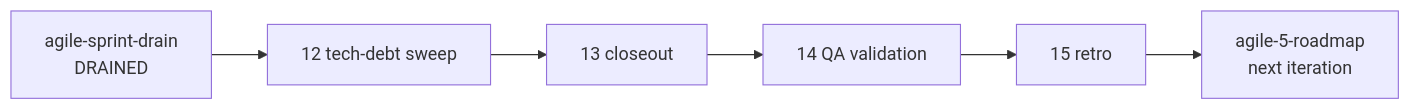
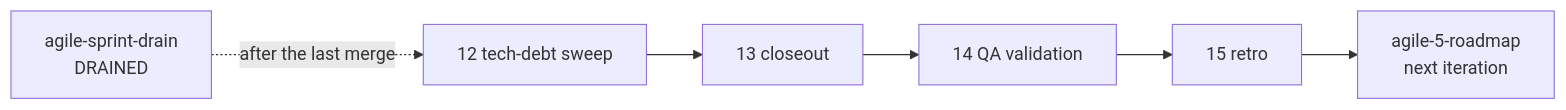
One commit to cedricfarinazzo/agile-skills changed the diagram in agile-sprint-close/README.md. Above: the diagram before and after it, drawn with Mermaid. The commit also changed other lines of this file and 21 other files, not shown here.

````diff
--- a/agile-sprint-close/README.md
+++ b/agile-sprint-close/README.md
@@ -18,5 +18,5 @@
 ```mermaid
 flowchart LR
-  d["agile-sprint-drain<br/>DRAINED"] --> s["12 tech-debt sweep"] --> c["13 closeout"] --> q["14 QA validation"] --> r["15 retro"]
+  d["agile-sprint-drain<br/>DRAINED"] -. "after the last merge" .-> s["12 tech-debt sweep"] --> c["13 closeout"] --> q["14 QA validation"] --> r["15 retro"]
   r --> n["agile-5-roadmap<br/>next iteration"]
 ```
````
